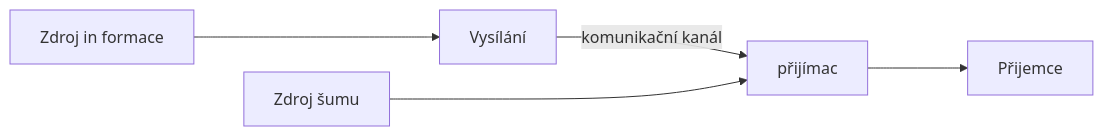
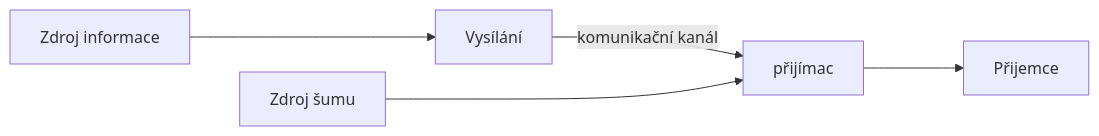
Before and after one commit to TUL-IT-2020/TUL-SZZ: the first of 2 diagrams in Signály/kódování/Bezpečnostní kódy/Bezpečnostní kódy.md, drawn with Mermaid. The commit also changed other lines of this file and 10 other files, not shown here.

````diff
--- a/Signály/kódování/Bezpečnostní kódy/Bezpečnostní kódy.md
+++ b/Signály/kódování/Bezpečnostní kódy/Bezpečnostní kódy.md
@@ -7,14 +7,14 @@
 ``` mermaid
 flowchart LR
-	Z["Zdroj in formace"] 
+	Z["Zdroj informace"] 
 	V["Vysílání"] 
 	p["přijímac"]
 	P["Přijemce"] 
 	Š["Zdroj šumu"]
 	
 	
 	Z ---> V
 	V -- komunikační kanál --> p
 	p ---> P
 	Š ---> p	
 ```
````
